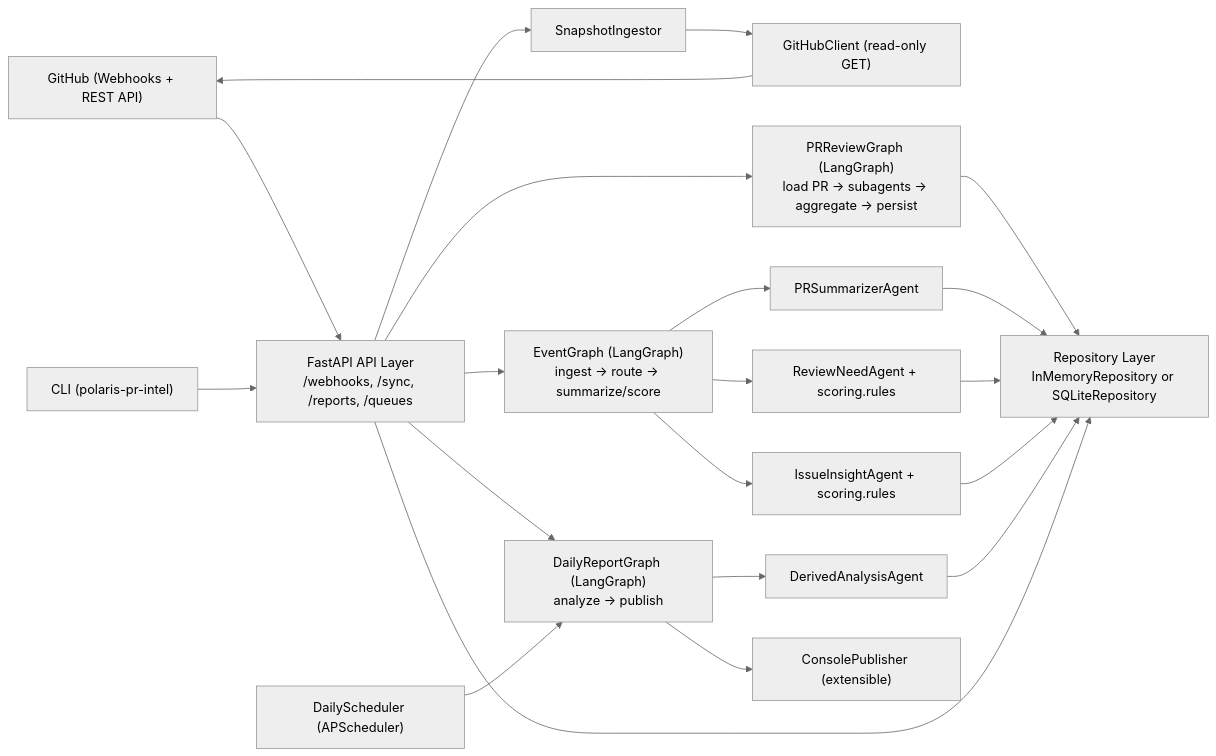
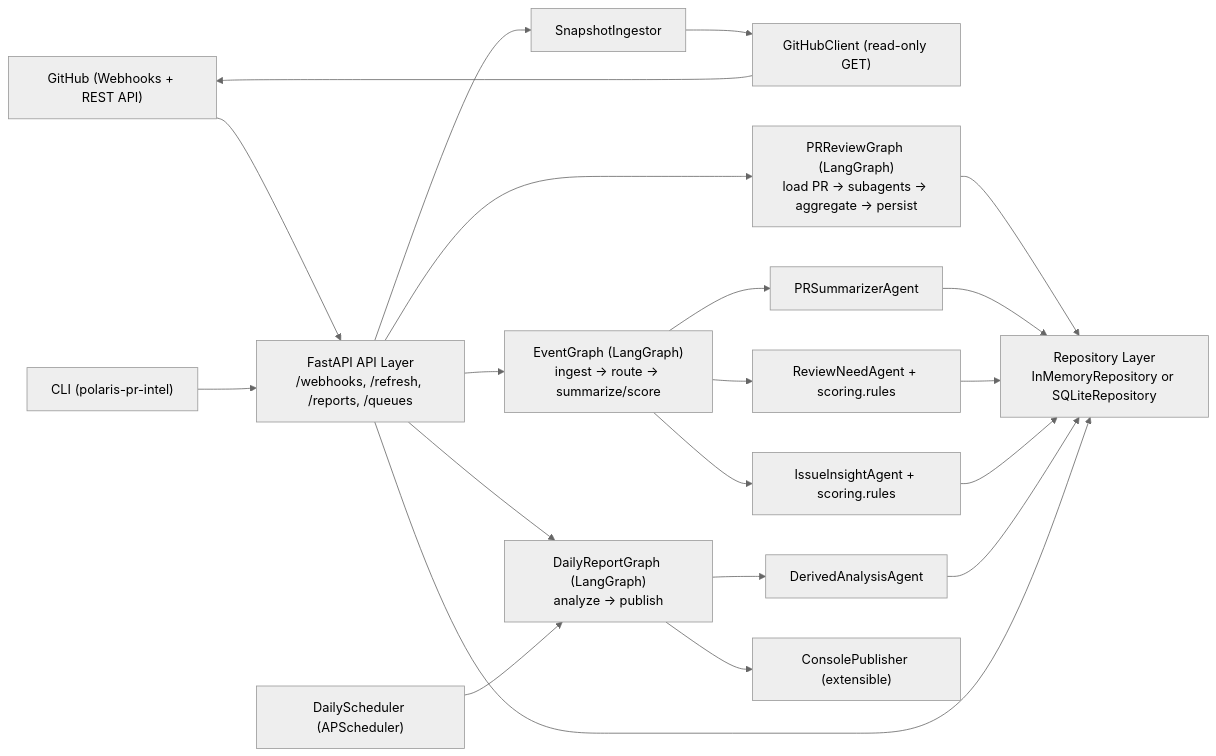
Before and after one commit to flyrain/pr-intelligence: the fourth of 4 diagrams in README.md, drawn with Mermaid (neutral theme). The commit also changed other lines of this file and 1 other file, not shown here.

Commit message:
Add agent build architecture doc (#9)

````diff
--- a/README.md
+++ b/README.md
@@ -453,27 +460,27 @@
 ```mermaid
 flowchart LR
-    GH["GitHub (Webhooks + REST API)"] --> API["FastAPI API Layer<br/>/webhooks, /sync, /reports, /queues"]
+    GH["GitHub (Webhooks + REST API)"] --> API["FastAPI API Layer<br/>/webhooks, /refresh, /reports, /queues"]
     CLI["CLI (polaris-pr-intel)"] --> API
     API --> EG["EventGraph (LangGraph)<br/>ingest -> route -> summarize/score"]
     API --> DG["DailyReportGraph (LangGraph)<br/>analyze -> publish"]
     API --> ING["SnapshotIngestor"]
 
     ING --> GHC["GitHubClient (read-only GET)"]
     GHC --> GH
 
     EG --> A1["PRSummarizerAgent"]
     EG --> A2["ReviewNeedAgent + scoring.rules"]
     EG --> A3["IssueInsightAgent + scoring.rules"]
     DG --> A4["DerivedAnalysisAgent"]
     PRG["PRReviewGraph (LangGraph)<br/>load PR -> subagents -> aggregate -> persist"] --> STORE
     DG --> PUB["ConsolePublisher (extensible)"]
 
     A1 --> STORE["Repository Layer<br/>InMemoryRepository or SQLiteRepository"]
     A2 --> STORE
     A3 --> STORE
     A4 --> STORE
     API --> STORE
     API --> PRG
 
     SCHED["DailyScheduler (APScheduler)"] --> DG
 ```
````
